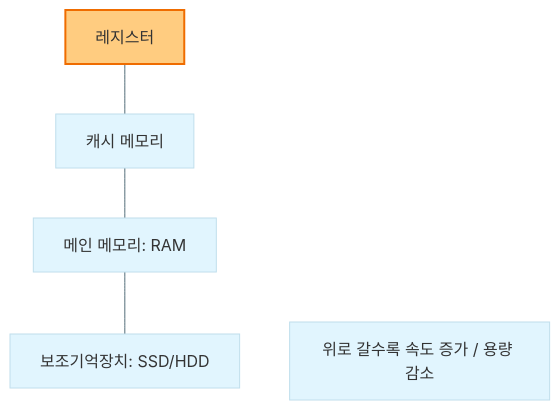
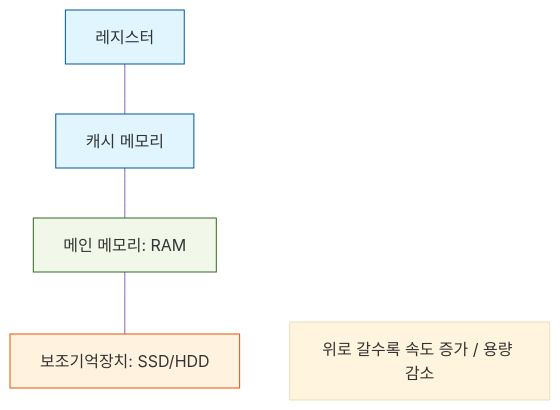
Before and after one commit to jusasa/jusasa.github.io: the second of 2 diagrams in content/computer_architecture/01_overview.md, drawn with Mermaid. The commit also changed other lines of this file and 8 other files, not shown here.

Commit message:
mermaid가 안보이던 현상 수정 및 과목별 meta.json 수정

````diff
--- a/content/computer_architecture/01_overview.md
+++ b/content/computer_architecture/01_overview.md
@@ -38,9 +42,12 @@
 ```mermaid
-%%{init: {'theme': 'base', 'themeVariables': { 'primaryColor': '#e1f5fe', 'lineColor': '#546e7a'}}}%%
+%%{init: {'theme': 'base', 'themeVariables': { 'lineColor': '#8761bc'}}}%%
 graph BT
     SSD[보조기억장치: SSD/HDD] --- RAM[메인 메모리: RAM]
     RAM --- Cache[캐시 메모리]
     Cache --- Reg[레지스터]
-    style Reg fill:#ffcc80,stroke:#ef6c00,stroke-width:2px
-    note[위로 갈수록 속도 증가 / 용량 감소] 
+    style Reg fill:#e1f5fe,stroke:#01579b
+    style Cache fill:#e1f5fe,stroke:#01579b
+    style RAM fill:#f1f8e9,stroke:#33691e
+    style SSD fill:#fff3e0,stroke:#e65100
+    note[위로 갈수록 속도 증가 / 용량 감소]
 ```
````
